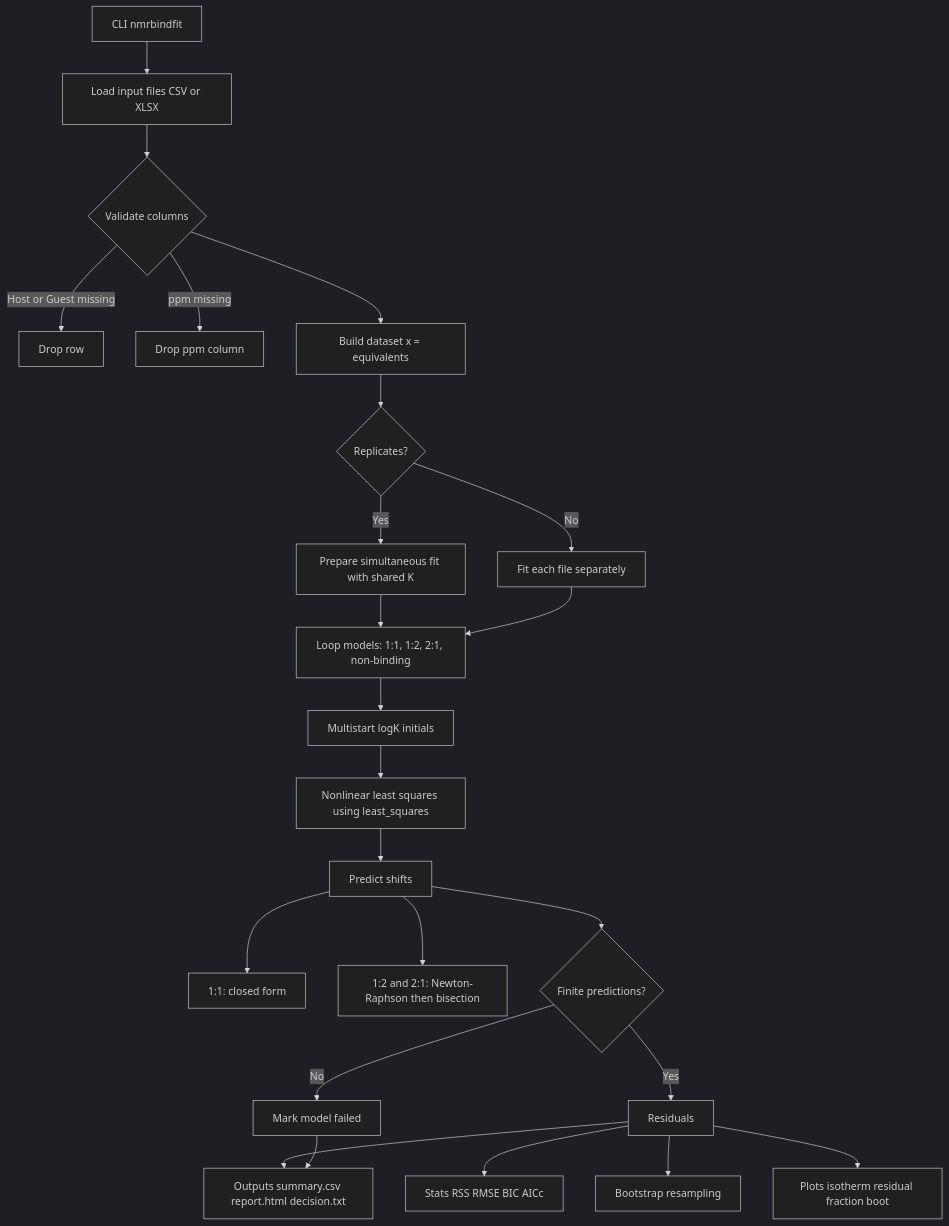
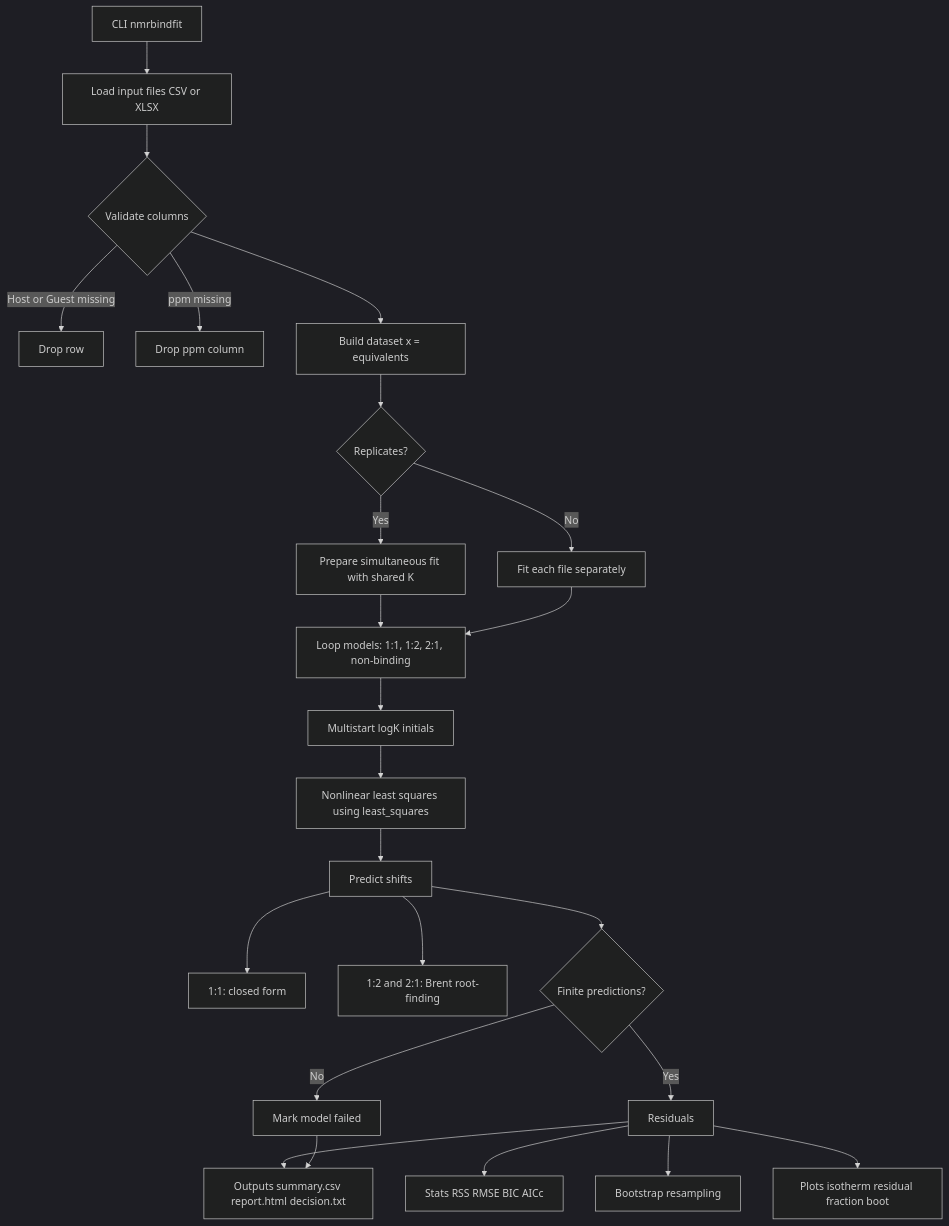
The diagram in README.md (dhsohn/nmr_bind_fit), drawn with Mermaid (dark theme) before and after one commit. The commit also changed other lines of this file and 5 other files, not shown here.

First line of the commit message:
refactor: replace hand-rolled Newton+bisection with scipy.optimize.brentq

````diff
--- a/README.md
+++ b/README.md
@@ -71,31 +71,31 @@
 ```mermaid
 flowchart TD
     A[CLI nmrbindfit] --> B[Load input files CSV or XLSX]
     B --> C{Validate columns}
     C -->|Host or Guest missing| C1[Drop row]
     C -->|ppm missing| C2[Drop ppm column]
     C --> D[Build dataset x = equivalents]
 
     D --> E{Replicates?}
     E -->|Yes| F[Prepare simultaneous fit with shared K]
     E -->|No| G[Fit each file separately]
 
     F --> H[Loop models: 1:1, 1:2, 2:1, non-binding]
     G --> H
 
     H --> I[Multistart logK initials]
     I --> J[Nonlinear least squares using least_squares]
     J --> K[Predict shifts]
     K --> K1[1:1: closed form]
-    K --> K2[1:2 and 2:1: Newton-Raphson then bisection]
+    K --> K2[1:2 and 2:1: Brent root-finding]
     K --> L{Finite predictions?}
     L -->|No| L1[Mark model failed]
     L -->|Yes| M[Residuals]
 
     M --> N[Stats RSS RMSE BIC AICc]
     M --> O[Bootstrap resampling]
     M --> P[Plots isotherm residual fraction boot]
     M --> Q[Outputs summary.csv report.html decision.txt]
 
     L1 --> Q
 ```
````
